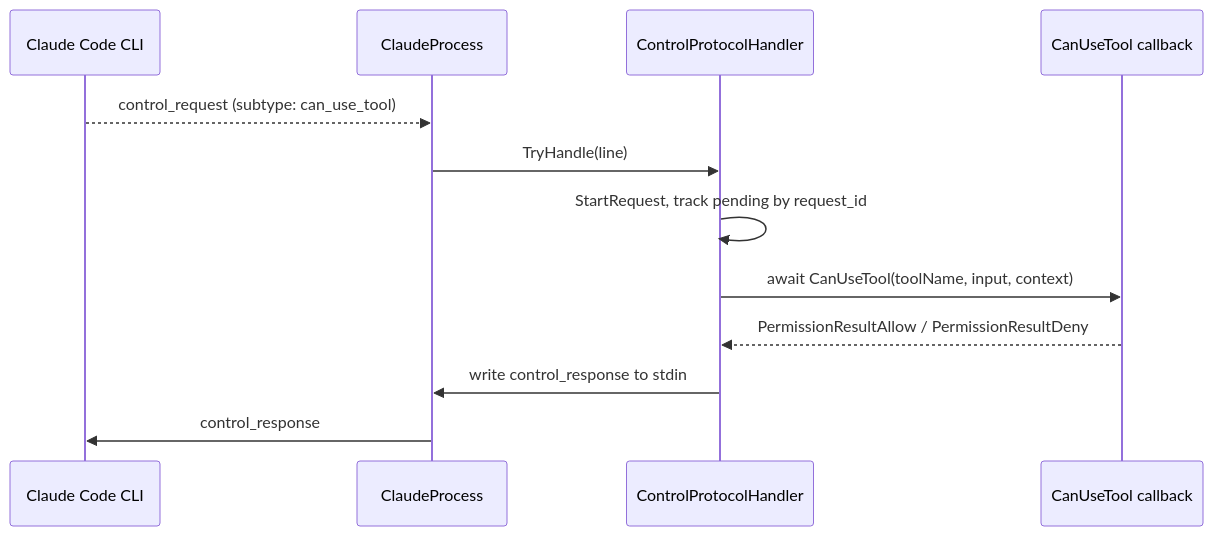
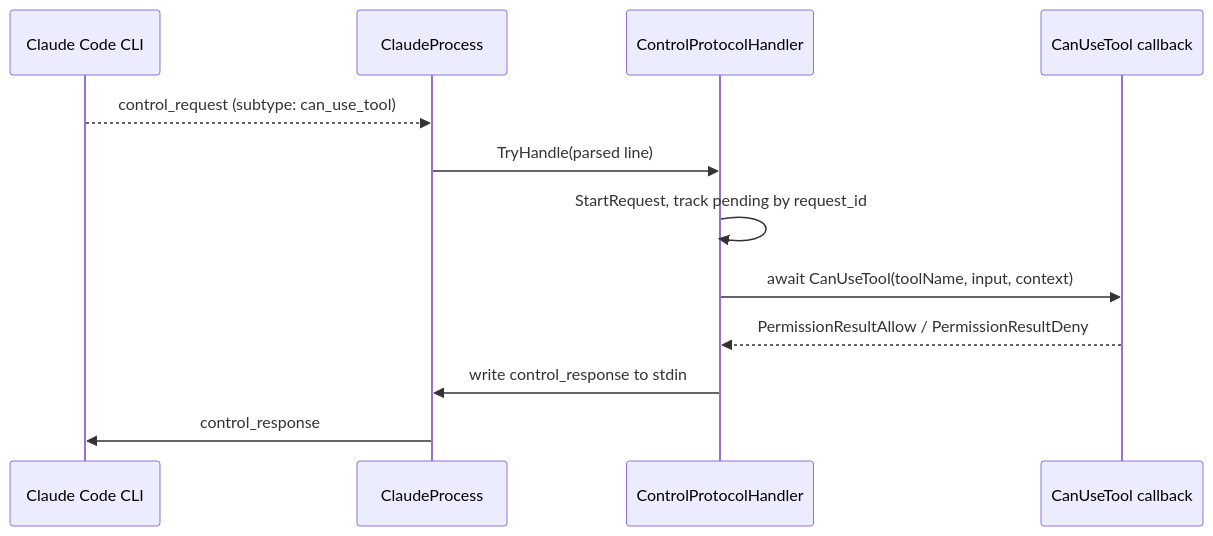
One commit to zxyao145/claude-code-sdk-csharp changed the fourth of 7 diagrams in src/ClaudeCodeSdk/README.md. Above: the diagram before and after it, drawn with Mermaid. The commit also changed other lines of this file and 6 other files, not shown here.

````diff
--- a/src/ClaudeCodeSdk/README.md
+++ b/src/ClaudeCodeSdk/README.md
@@ -612,15 +613,15 @@
 ```mermaid
 sequenceDiagram
     participant CLI as Claude Code CLI
     participant P as ClaudeProcess
     participant CP as ControlProtocolHandler
     participant App as CanUseTool callback
 
     CLI-->>P: control_request (subtype: can_use_tool)
-    P->>CP: TryHandle(line)
+    P->>CP: TryHandle(parsed line)
     CP->>CP: StartRequest, track pending by request_id
     CP->>App: await CanUseTool(toolName, input, context)
     App-->>CP: PermissionResultAllow / PermissionResultDeny
     CP->>P: write control_response to stdin
     P->>CLI: control_response
 ```
````
